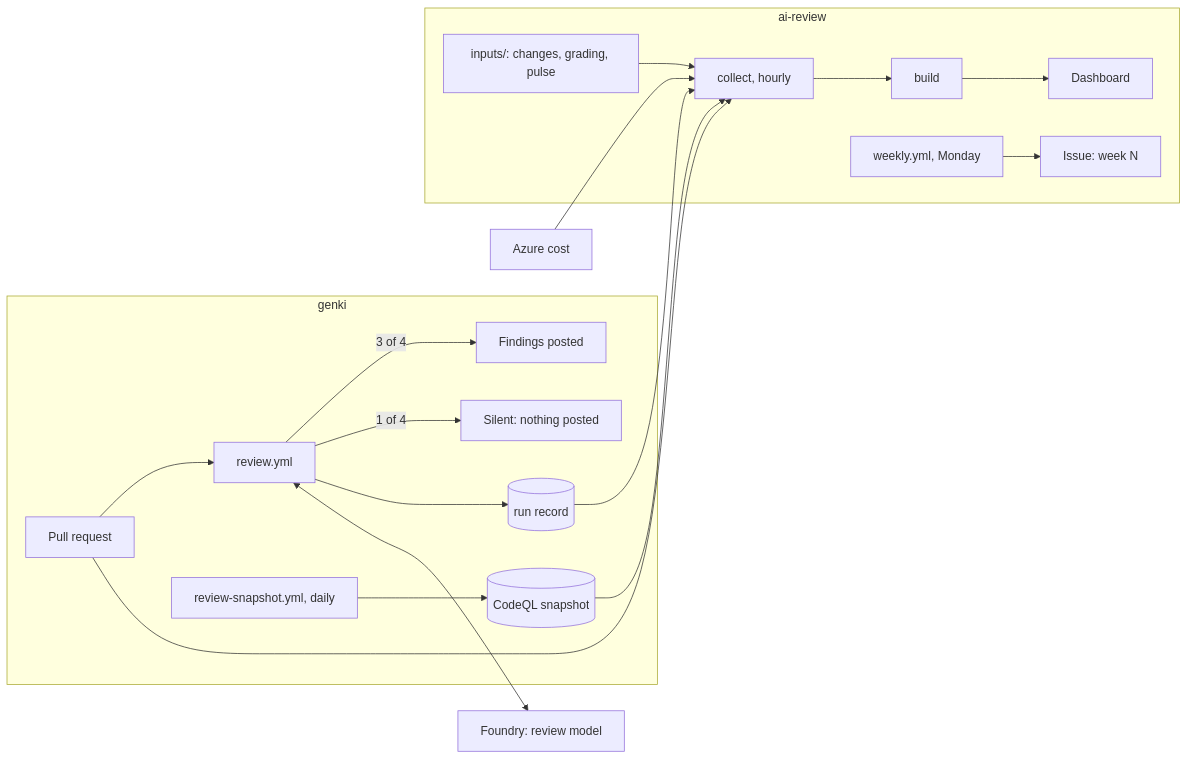
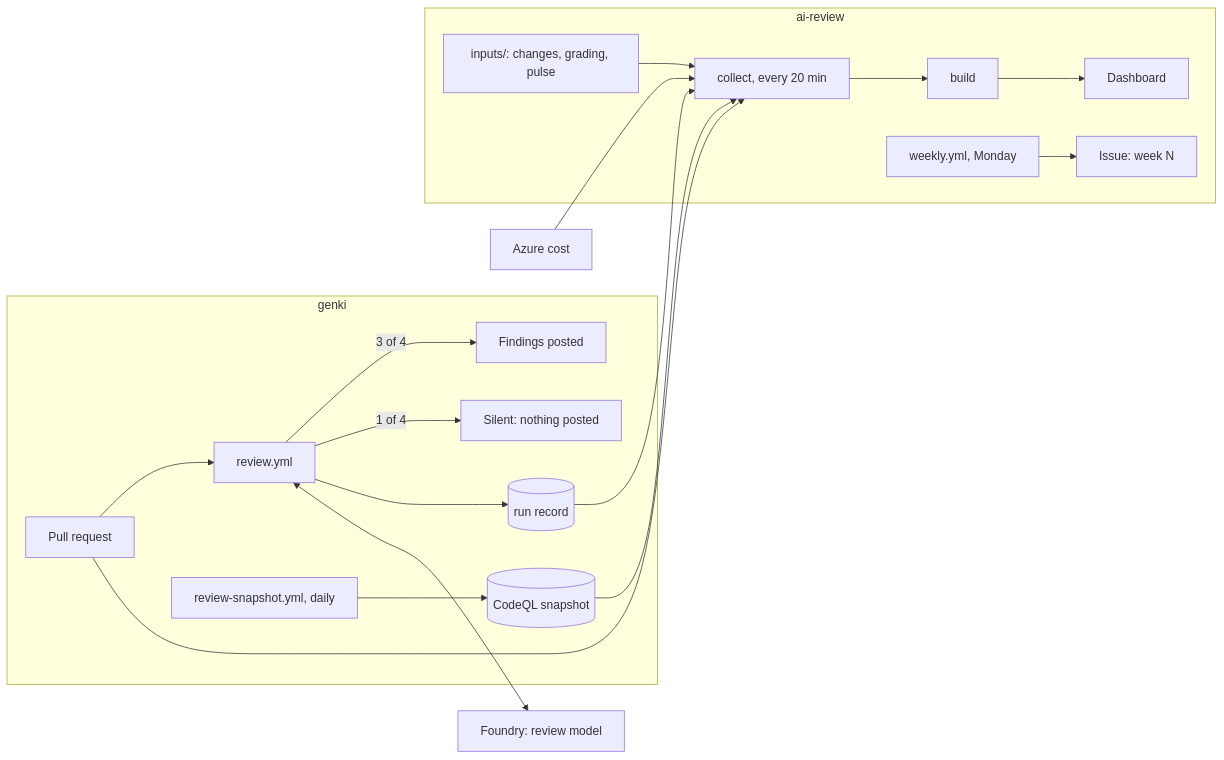
Before and after one commit to digdir/ai-review: the diagram in README.md, drawn with Mermaid. The commit also changed other lines of this file and 4 other files, not shown here.

Commit message:
Rebuild the dashboard every twenty minutes by day and hourly otherwise (#2)

````diff
--- a/README.md
+++ b/README.md
@@ -75,20 +75,20 @@
 ```mermaid
 flowchart LR
   subgraph repo[genki]
     PR[Pull request] --> R[review.yml]
     R -- 3 of 4 --> P[Findings posted]
     R -- 1 of 4 --> S[Silent: nothing posted]
     R --> RR[(run record)]
     SN[review-snapshot.yml, daily] --> SA[(CodeQL snapshot)]
   end
   R <--> F[Foundry: review model]
   subgraph here[ai-review]
-    C[collect, hourly] --> B[build] --> D[Dashboard]
+    C[collect, every 20 min] --> B[build] --> D[Dashboard]
     W[weekly.yml, Monday] --> I[Issue: week N]
     IN[inputs/: changes, grading, pulse] --> C
   end
   PR --> C
   RR --> C
   SA --> C
   AZ[Azure cost] --> C
 ```
````
